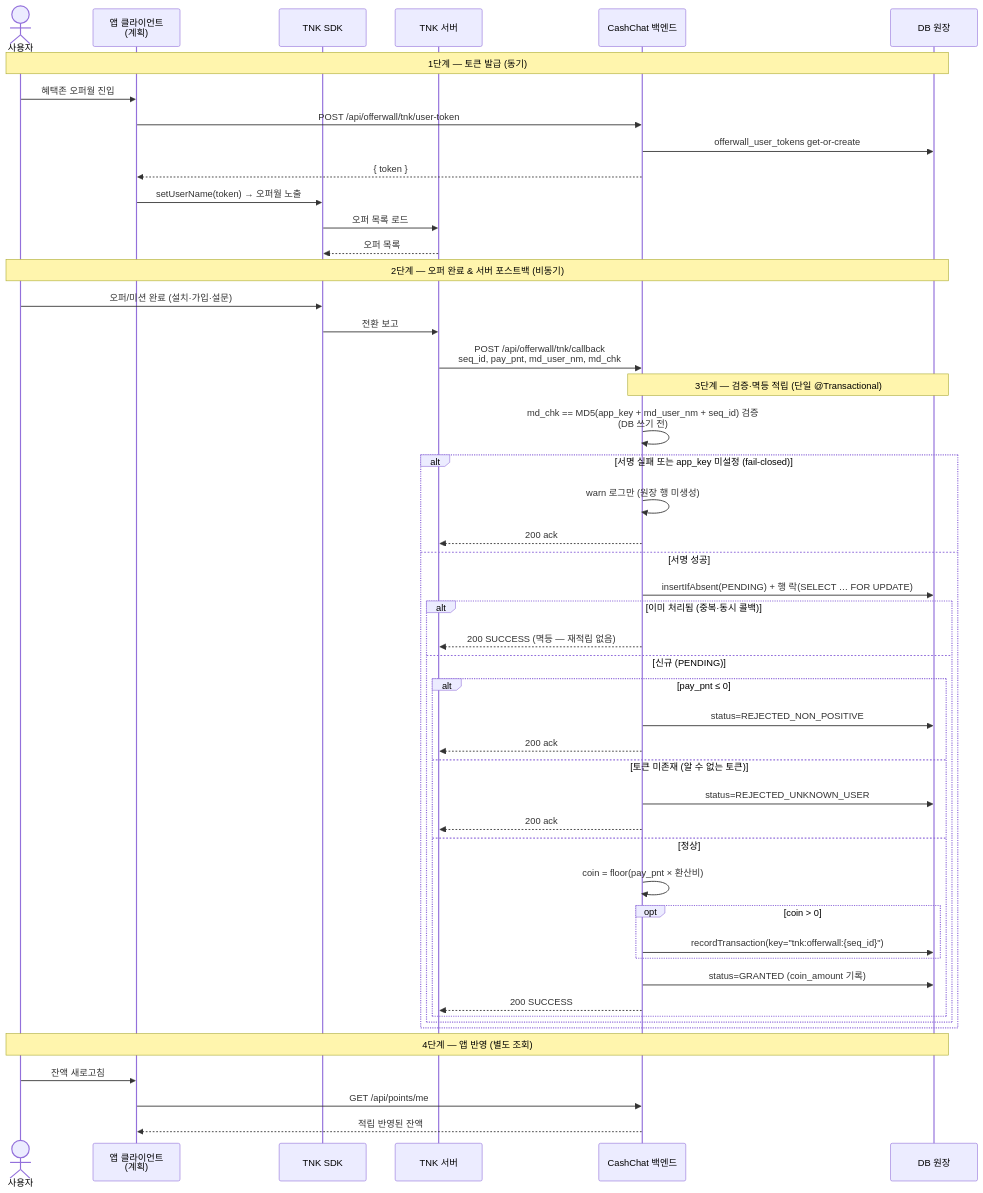
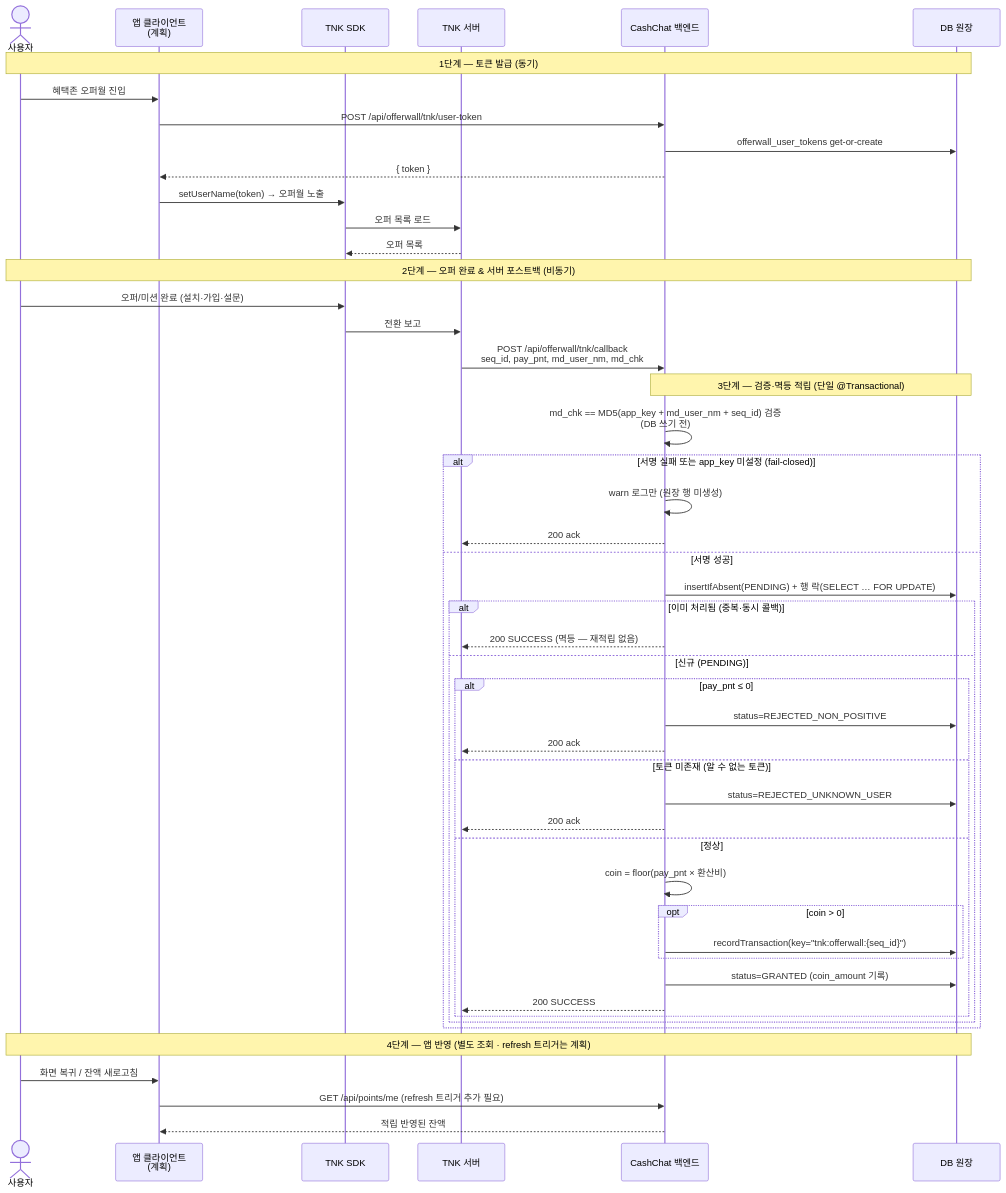
One commit to cash-chat-mvp/cash-chat-mvp changed the second of 2 diagrams in docs/features/offerwall/architecture.md. Above: the diagram before and after it, drawn with Mermaid. The commit also changed other lines of this file, not shown here.

Commit message:
docs: 잔액 반영 단계 정밀화 — refresh 트리거 부재 명시
GET /api/points/me·RemotePointsRepository.refresh()는 구현됐으나
프론트 전체에서 refresh() 호출 지점이 없음(화면은 balance 구독만).
'이미 동작'으로 과장된 표현을 'refresh 트리거 추가 필요(계획)'로 정정. (Codex)

````diff
--- a/docs/features/offerwall/architecture.md
+++ b/docs/features/offerwall/architecture.md
@@ -76,55 +76,55 @@
 ```mermaid
 sequenceDiagram
     actor User as 사용자
     participant FE as 앱 클라이언트<br/>(계획)
     participant SDK as TNK SDK
     participant TNK as TNK 서버
     participant API as CashChat 백엔드
     participant DB as DB 원장
 
     Note over User,DB: 1단계 — 토큰 발급 (동기)
     User->>FE: 혜택존 오퍼월 진입
     FE->>API: POST /api/offerwall/tnk/user-token
     API->>DB: offerwall_user_tokens get-or-create
     API-->>FE: { token }
     FE->>SDK: setUserName(token) → 오퍼월 노출
     SDK->>TNK: 오퍼 목록 로드
     TNK-->>SDK: 오퍼 목록
 
     Note over User,DB: 2단계 — 오퍼 완료 & 서버 포스트백 (비동기)
     User->>SDK: 오퍼/미션 완료 (설치·가입·설문)
     SDK->>TNK: 전환 보고
     TNK->>API: POST /api/offerwall/tnk/callback<br/>seq_id, pay_pnt, md_user_nm, md_chk
 
     Note over API,DB: 3단계 — 검증·멱등 적립 (단일 @Transactional)
     API->>API: md_chk == MD5(app_key + md_user_nm + seq_id) 검증<br/>(DB 쓰기 전)
     alt 서명 실패 또는 app_key 미설정 (fail-closed)
         API->>API: warn 로그만 (원장 행 미생성)
         API-->>TNK: 200 ack
     else 서명 성공
         API->>DB: insertIfAbsent(PENDING) + 행 락(SELECT … FOR UPDATE)
         alt 이미 처리됨 (중복·동시 콜백)
             API-->>TNK: 200 SUCCESS (멱등 — 재적립 없음)
         else 신규 (PENDING)
             alt pay_pnt ≤ 0
                 API->>DB: status=REJECTED_NON_POSITIVE
                 API-->>TNK: 200 ack
             else 토큰 미존재 (알 수 없는 토큰)
                 API->>DB: status=REJECTED_UNKNOWN_USER
                 API-->>TNK: 200 ack
             else 정상
                 API->>API: coin = floor(pay_pnt × 환산비)
                 opt coin > 0
                     API->>DB: recordTransaction(key="tnk:offerwall:{seq_id}")
                 end
                 API->>DB: status=GRANTED (coin_amount 기록)
                 API-->>TNK: 200 SUCCESS
             end
         end
     end
 
-    Note over User,DB: 4단계 — 앱 반영 (별도 조회)
-    User->>FE: 잔액 새로고침
-    FE->>API: GET /api/points/me
+    Note over User,DB: 4단계 — 앱 반영 (별도 조회 · refresh 트리거는 계획)
+    User->>FE: 화면 복귀 / 잔액 새로고침
+    FE->>API: GET /api/points/me (refresh 트리거 추가 필요)
     API-->>FE: 적립 반영된 잔액
 ```
````
